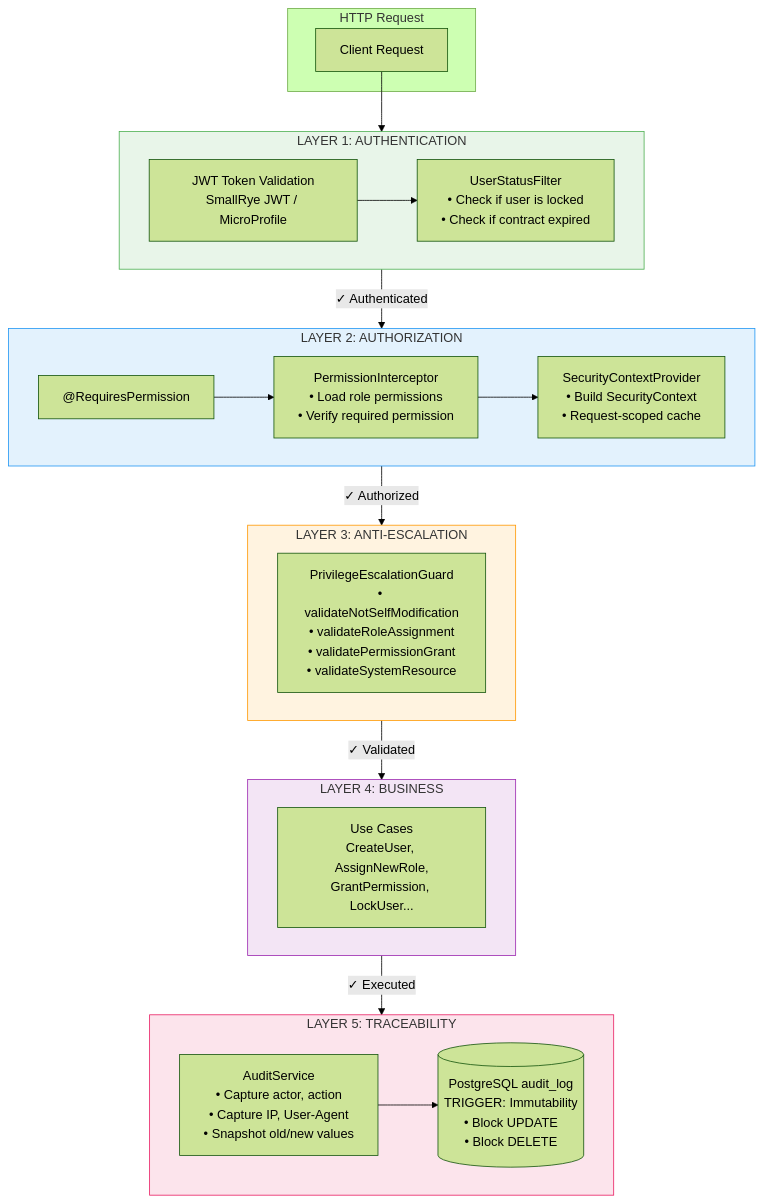
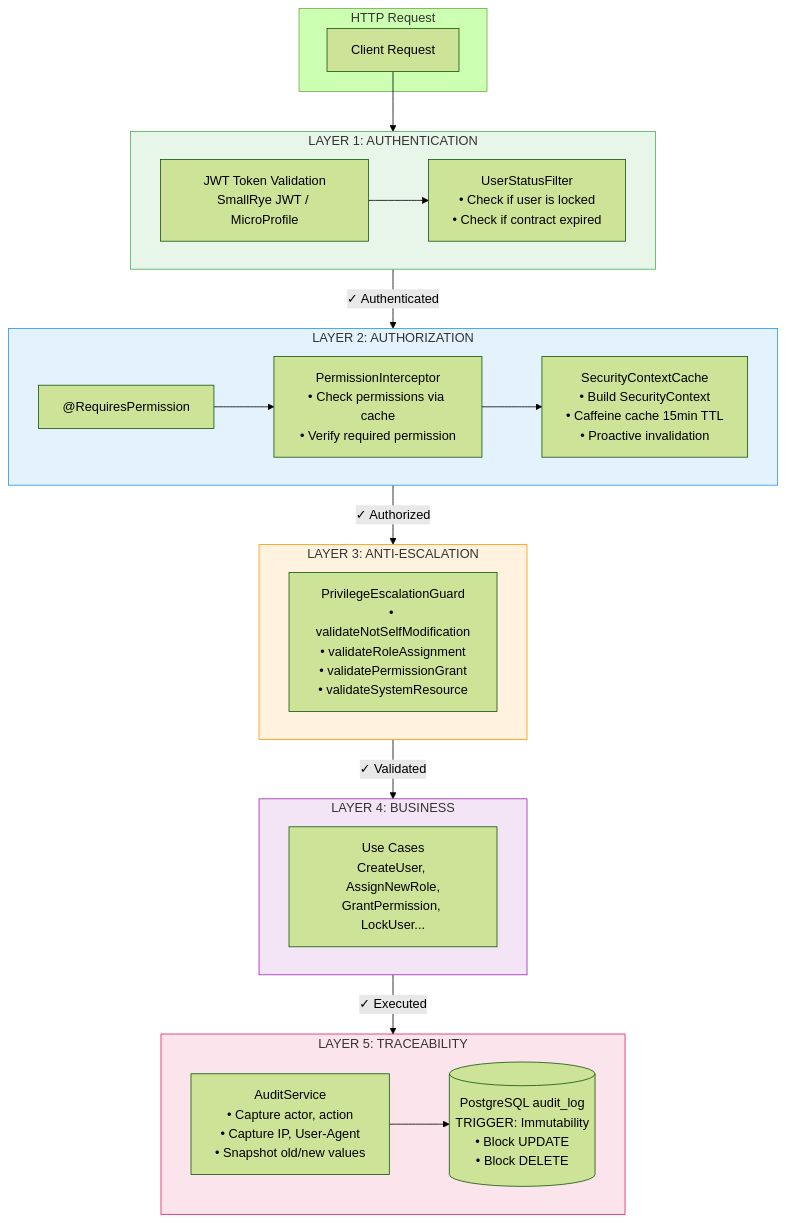
One commit to Dagz2/beeboard-api changed the first of 10 diagrams in documentation/security-architecture.md. Above: the diagram before and after it, drawn with Mermaid (forest theme). The commit also changed other lines of this file and 19 other files, not shown here.

Commit message:
feat(access): security context instead of provider, caffeine cache, all uses cases have permission required and security rules verification

````diff
--- a/documentation/security-architecture.md
+++ b/documentation/security-architecture.md
@@ -5,45 +5,45 @@
 ```mermaid
 flowchart TB
     subgraph Request["HTTP Request"]
         REQ[Client Request]
     end
 
     subgraph Layer1["LAYER 1: AUTHENTICATION"]
         JWT[JWT Token Validation<br/>SmallRye JWT / MicroProfile]
         USF[UserStatusFilter<br/>• Check if user is locked<br/>• Check if contract expired]
         JWT --> USF
     end
 
     subgraph Layer2["LAYER 2: AUTHORIZATION"]
         RP["@RequiresPermission"]
-        PI[PermissionInterceptor<br/>• Load role permissions<br/>• Verify required permission]
-        SCP[SecurityContextProvider<br/>• Build SecurityContext<br/>• Request-scoped cache]
-        RP --> PI --> SCP
+        PI[PermissionInterceptor<br/>• Check permissions via cache<br/>• Verify required permission]
+        SCC[SecurityContextCache<br/>• Build SecurityContext<br/>• Caffeine cache 15min TTL<br/>• Proactive invalidation]
+        RP --> PI --> SCC
     end
 
     subgraph Layer3["LAYER 3: ANTI-ESCALATION"]
         PEG[PrivilegeEscalationGuard<br/>• validateNotSelfModification<br/>• validateRoleAssignment<br/>• validatePermissionGrant<br/>• validateSystemResource]
     end
 
     subgraph Layer4["LAYER 4: BUSINESS"]
         UC[Use Cases<br/>CreateUser, AssignNewRole,<br/>GrantPermission, LockUser...]
     end
 
     subgraph Layer5["LAYER 5: TRACEABILITY"]
         AS[AuditService<br/>• Capture actor, action<br/>• Capture IP, User-Agent<br/>• Snapshot old/new values]
         DB[(PostgreSQL audit_log<br/>TRIGGER: Immutability<br/>• Block UPDATE<br/>• Block DELETE)]
         AS --> DB
     end
 
     REQ --> Layer1
     Layer1 -->|"✓ Authenticated"| Layer2
     Layer2 -->|"✓ Authorized"| Layer3
     Layer3 -->|"✓ Validated"| Layer4
     Layer4 -->|"✓ Executed"| Layer5
 
     style Layer1 fill:#e8f5e9,stroke:#4caf50
     style Layer2 fill:#e3f2fd,stroke:#2196f3
     style Layer3 fill:#fff3e0,stroke:#ff9800
     style Layer4 fill:#f3e5f5,stroke:#9c27b0
     style Layer5 fill:#fce4ec,stroke:#e91e63
 ```
````
